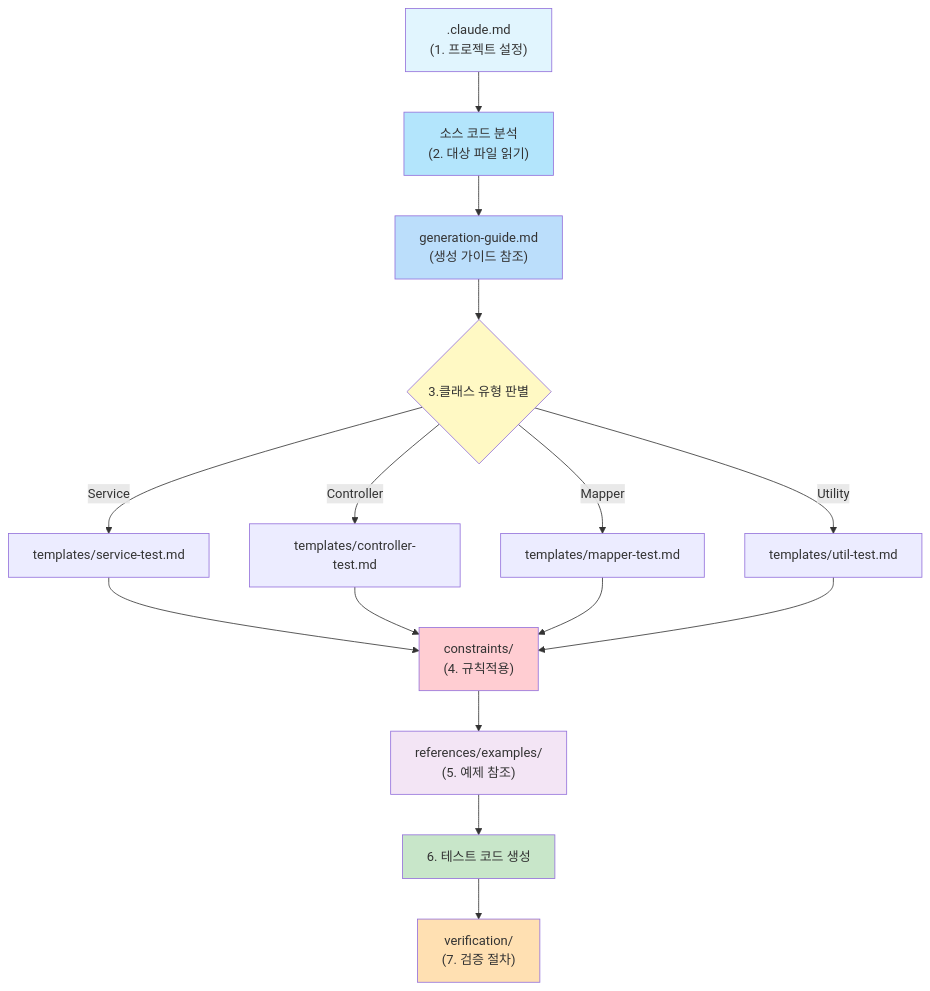
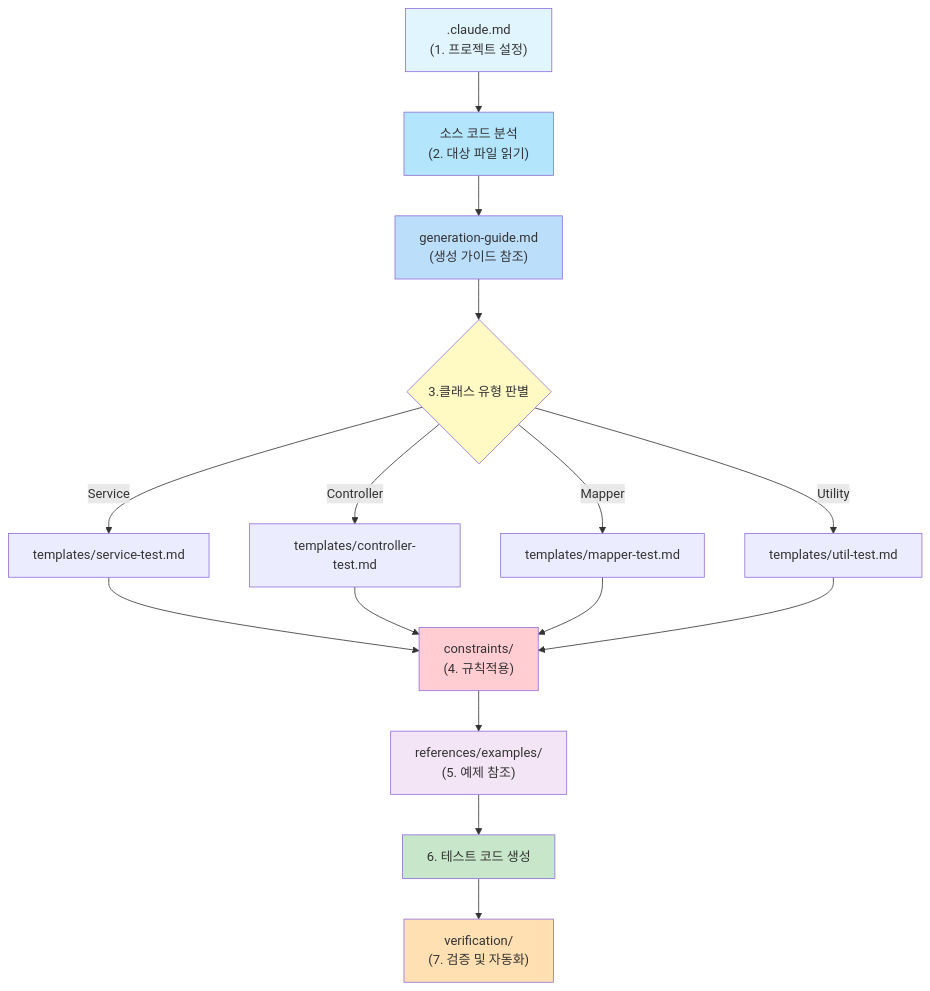
Before and after one commit to kyunmo/ai-tdd-demo: the diagram in docs/ai-tdd-skills/document-guide.md, drawn with Mermaid. The commit also changed other lines of this file and 8 other files, not shown here.

````diff
--- a/docs/ai-tdd-skills/document-guide.md
+++ b/docs/ai-tdd-skills/document-guide.md
@@ -43,23 +43,23 @@
 ```mermaid
 graph TD
     A[".claude.md<br>(1. 프로젝트 설정)"] --> S["소스 코드 분석<br>(2. 대상 파일 읽기)"]
     S --> B["generation-guide.md<br>(생성 가이드 참조)"]
     B --> C{"3.클래스 유형 판별"}
     C -->|Service| T1["templates/service-test.md"]
     C -->|Controller| T2["templates/controller-test.md"]
     C -->|Mapper| T3["templates/mapper-test.md"]
     C -->|Utility| T4["templates/util-test.md"]
     T1 & T2 & T3 & T4 --> R["constraints/<br>(4. 규칙적용)"]
     R --> E["references/examples/<br>(5. 예제 참조)"]
     E --> G["6. 테스트 코드 생성"]
-    G --> V["verification/<br>(7. 검증 절차)"]
+    G --> V["verification/<br>(7. 검증 및 자동화)"]
 
     style A fill:#e1f5fe
     style S fill:#b3e5fc
     style B fill:#bbdefb
     style C fill:#fff9c4
     style R fill:#ffcdd2
     style E fill:#f3e5f5
     style G fill:#c8e6c9
     style V fill:#ffe0b2
 ```
````
